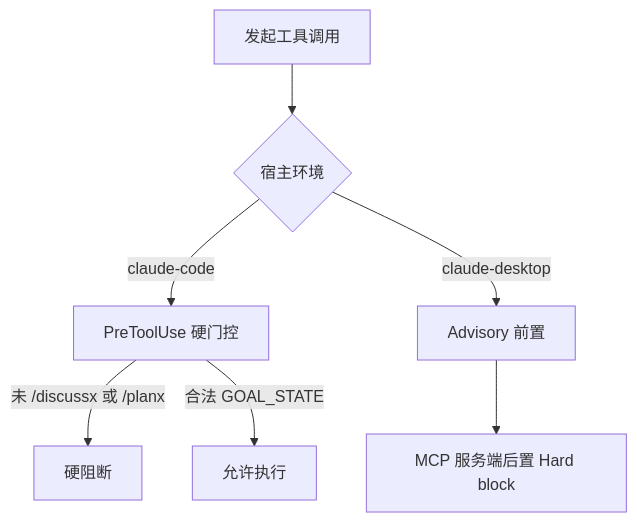
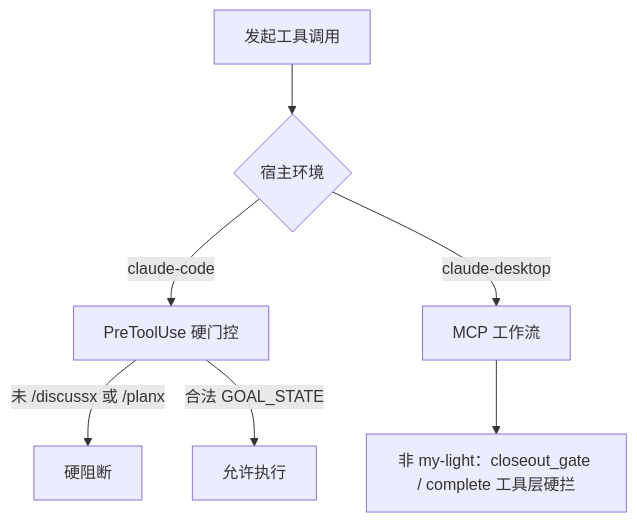
The first of 2 diagrams in AGENTS_CLAUDE.md (yizhoupan3-debug/skill), drawn with Mermaid before and after one commit. The commit also changed other lines of this file and 55 other files, not shown here.

First line of the commit message:
feat(router-rs): Claude Desktop MCP install, hooks, and closeout hard block

````diff
--- a/AGENTS_CLAUDE.md
+++ b/AGENTS_CLAUDE.md
@@ -18,9 +19,9 @@
 ```mermaid
 graph TD
     A[发起工具调用] --> B{宿主环境}
     B -- claude-code --> C[PreToolUse 硬门控]
     C -->|未 /discussx 或 /planx| D[硬阻断]
     C -->|合法 GOAL_STATE| E[允许执行]
-    B -- claude-desktop --> F[Advisory 前置]
-    F --> G[MCP 服务端后置 Hard block]
+    B -- claude-desktop --> F[MCP 工作流]
+    F --> G[非 my-light：closeout_gate / complete 工具层硬拦]
 ```
````
